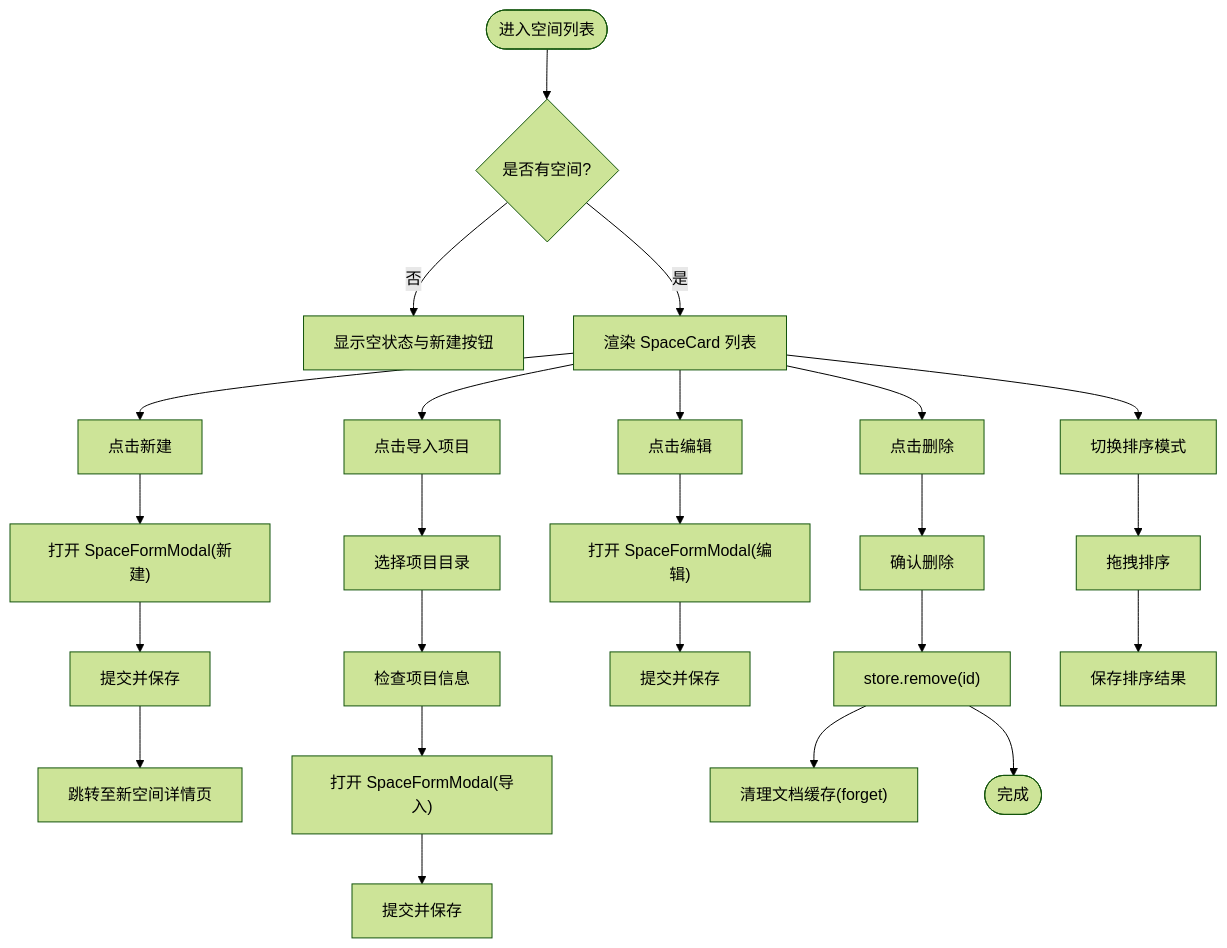
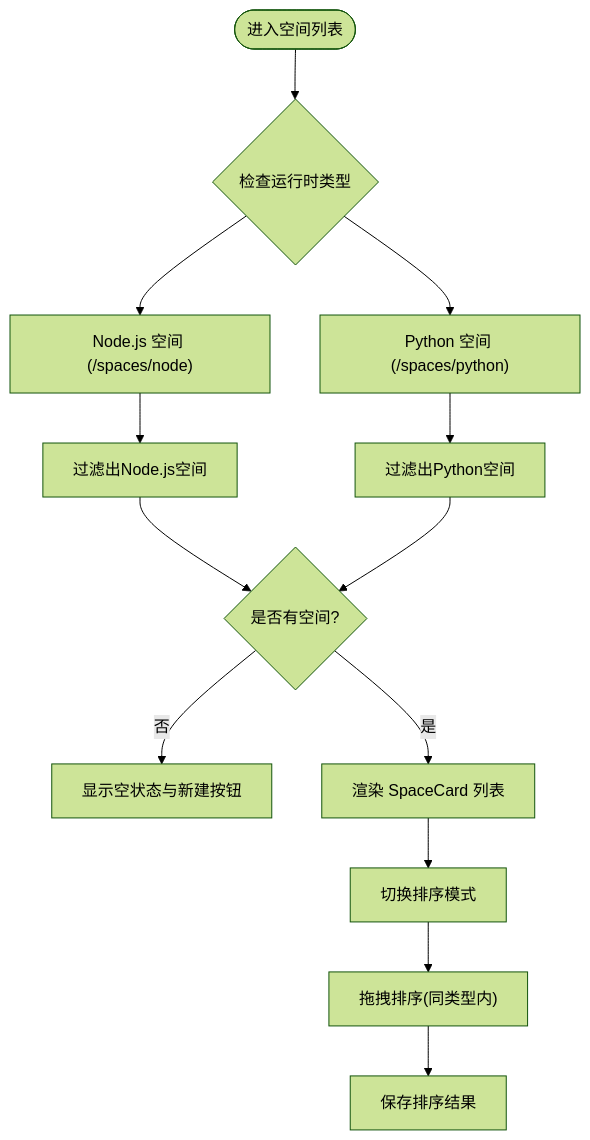
The third of 8 diagrams in .qoder/repowiki/zh/content/前端应用架构/页面组件/空间管理页面.md (hozeeee/script-box), drawn with Mermaid (forest theme) before and after one commit. The commit also changed other lines of this file and 6 other files, not shown here.

````diff
--- a/.qoder/repowiki/zh/content/前端应用架构/页面组件/空间管理页面.md
+++ b/.qoder/repowiki/zh/content/前端应用架构/页面组件/空间管理页面.md
@@ -154,26 +136,15 @@
 ```mermaid
 flowchart TD
-Start(["进入空间列表"]) --> CheckEmpty{"是否有空间?"}
-CheckEmpty --> |否| EmptyView["显示空状态与新建按钮"]
-CheckEmpty --> |是| ListView["渲染 SpaceCard 列表"]
-ListView --> ClickCreate["点击新建"]
-ClickCreate --> OpenModal["打开 SpaceFormModal(新建)"]
-OpenModal --> SaveNew["提交并保存"]
-SaveNew --> NavigateNew["跳转至新空间详情页"]
-ListView --> ClickImport["点击导入项目"]
-ClickImport --> PickDir["选择项目目录"]
-PickDir --> InspectProject["检查项目信息"]
-InspectProject --> OpenModalImport["打开 SpaceFormModal(导入)"]
-OpenModalImport --> SaveImport["提交并保存"]
-ListView --> ClickEdit["点击编辑"]
-ClickEdit --> OpenModalEdit["打开 SpaceFormModal(编辑)"]
-OpenModalEdit --> SaveEdit["提交并保存"]
-ListView --> ClickDelete["点击删除"]
-ClickDelete --> ConfirmDel["确认删除"]
-ConfirmDel --> Remove["store.remove(id)"]
-Remove --> ForgetDoc["清理文档缓存(forget)"]
-ListView --> ToggleSort["切换排序模式"]
-ToggleSort --> DragDrop["拖拽排序"]
+Start(["进入空间列表"]) --> CheckType{"检查运行时类型"}
+CheckType --> Node["Node.js 空间 (/spaces/node)"]
+CheckType --> Python["Python 空间 (/spaces/python)"]
+Node --> FilterSpaces["过滤出Node.js空间"]
+Python --> FilterSpaces2["过滤出Python空间"]
+FilterSpaces --> EmptyCheck{"是否有空间?"}
+FilterSpaces2 --> EmptyCheck
+EmptyCheck --> |否| EmptyView["显示空状态与新建按钮"]
+EmptyCheck --> |是| ListView["渲染 SpaceCard 列表"]
+ListView --> SortToggle["切换排序模式"]
+SortToggle --> DragDrop["拖拽排序(同类型内)"]
 DragDrop --> PersistOrder["保存排序结果"]
-Remove --> Done(["完成"])
 ```
````
